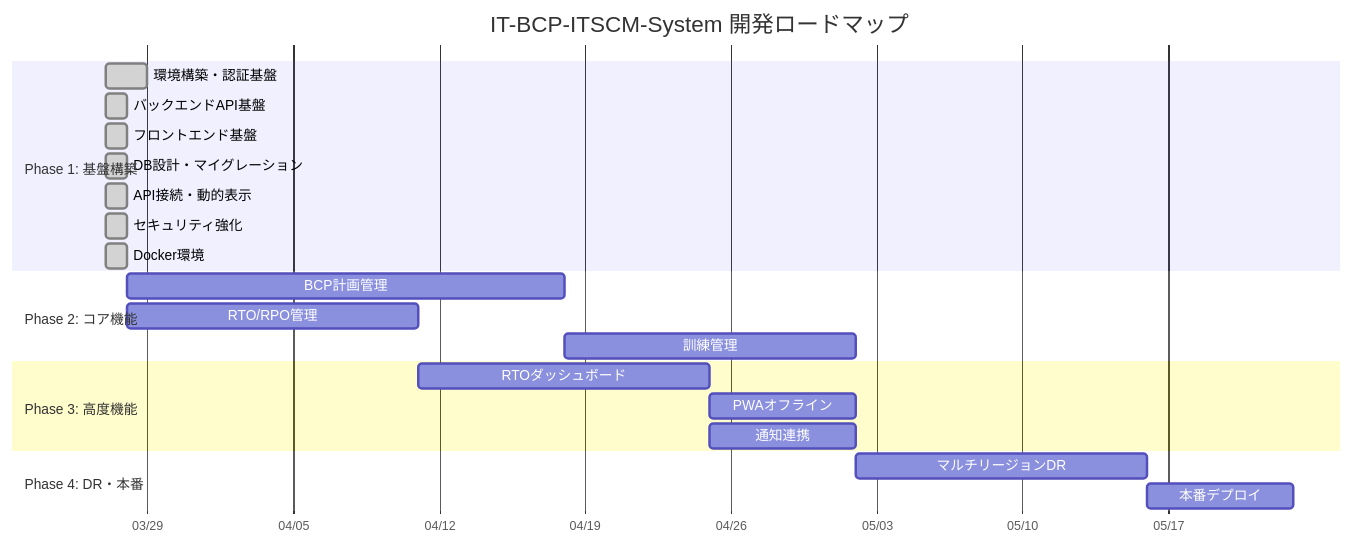
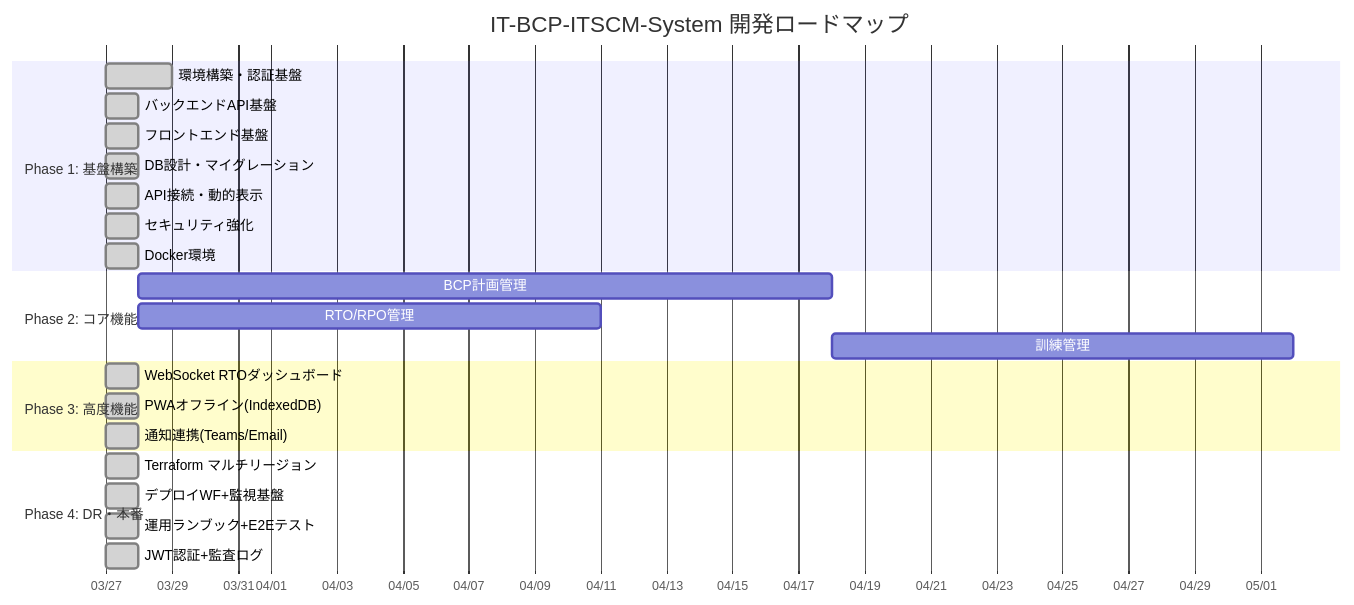
One commit to Kensan196948G/IT-BCP-ITSCM-System changed the second of 4 diagrams in README.md. Above: the diagram before and after it, drawn with Mermaid.

Commit message:
improve: README ガントチャート全タスクdone更新 + 最終版
全4フェーズのガントチャートを全タスクdoneに更新。
28PR / 321テスト / 20ページ / CI 36回連続成功

````diff
--- a/README.md
+++ b/README.md
@@ -168,29 +168,31 @@
 ```mermaid
 gantt
     title IT-BCP-ITSCM-System 開発ロードマップ
     dateFormat  YYYY-MM-DD
     axisFormat  %m/%d
 
     section Phase 1: 基盤構築
     環境構築・認証基盤         :done, p1a, 2026-03-27, 2d
     バックエンドAPI基盤        :done, p1b, 2026-03-27, 1d
     フロントエンド基盤         :done, p1c, 2026-03-27, 1d
     DB設計・マイグレーション    :done, p1d, 2026-03-27, 1d
     API接続・動的表示          :done, p1e, 2026-03-27, 1d
     セキュリティ強化           :done, p1f, 2026-03-27, 1d
     Docker環境                :done, p1g, 2026-03-27, 1d
 
     section Phase 2: コア機能
     BCP計画管理               :p2a, after p1d, 21d
     RTO/RPO管理               :p2b, after p1d, 14d
     訓練管理                  :p2c, after p2a, 14d
 
     section Phase 3: 高度機能
-    RTOダッシュボード          :p3a, after p2b, 14d
-    PWAオフライン             :p3b, after p3a, 7d
-    通知連携                  :p3c, after p3a, 7d
+    WebSocket RTOダッシュボード :done, p3a, 2026-03-27, 1d
+    PWAオフライン(IndexedDB)   :done, p3b, 2026-03-27, 1d
+    通知連携(Teams/Email)      :done, p3c, 2026-03-27, 1d
 
     section Phase 4: DR・本番
-    マルチリージョンDR         :p4a, after p3b, 14d
-    本番デプロイ              :p4b, after p4a, 7d
+    Terraform マルチリージョン  :done, p4a, 2026-03-27, 1d
+    デプロイWF+監視基盤        :done, p4b, 2026-03-27, 1d
+    運用ランブック+E2Eテスト    :done, p4c, 2026-03-27, 1d
+    JWT認証+監査ログ           :done, p4d, 2026-03-27, 1d
 ```
````
